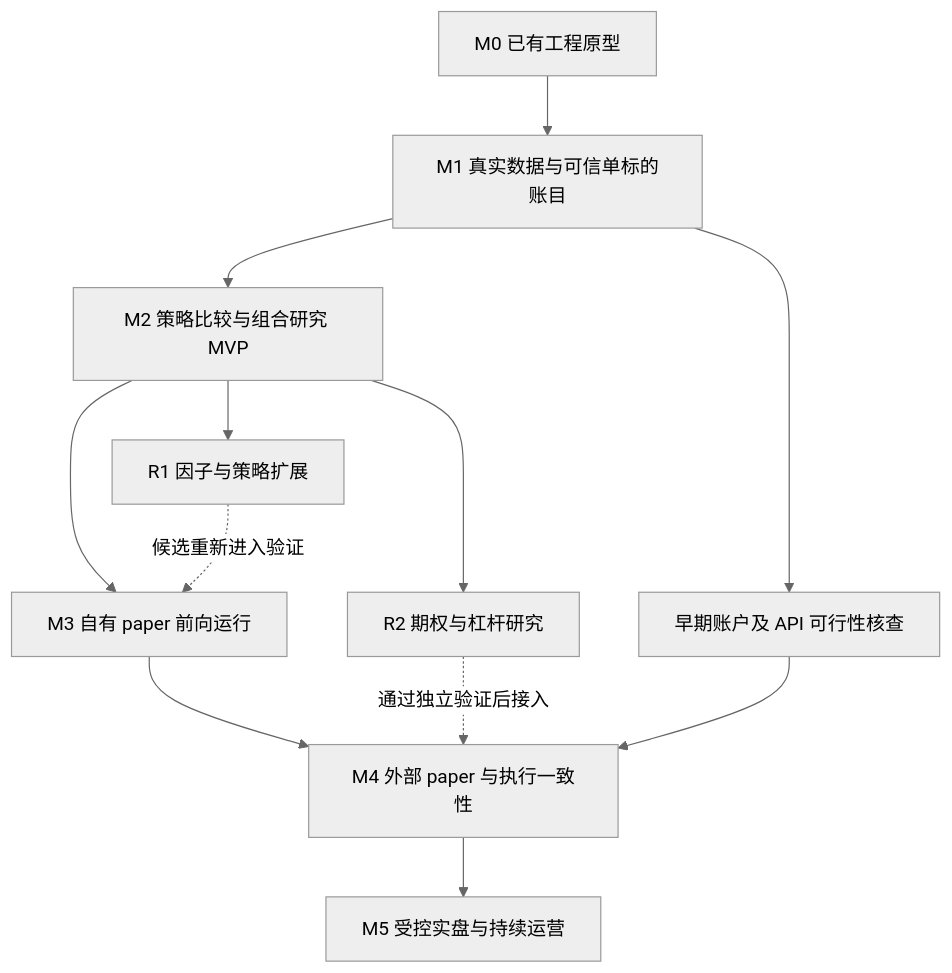
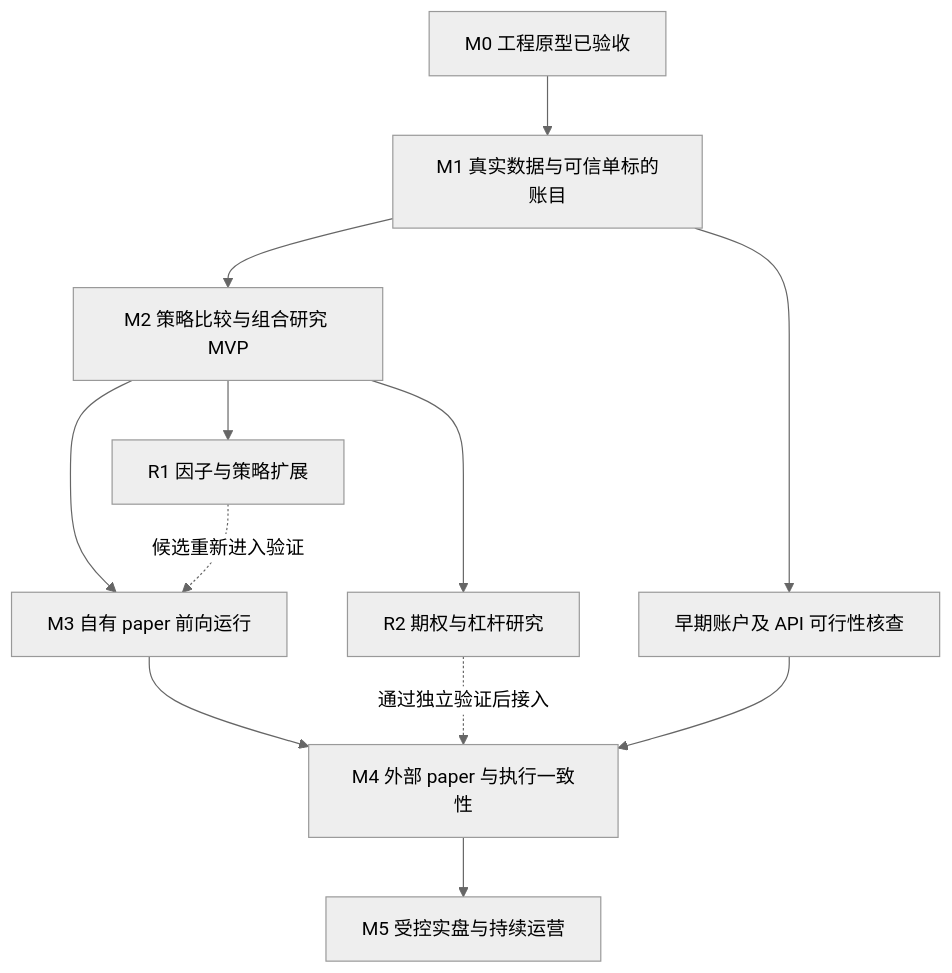
The diagram in docs/roadmap.md (wayslog/invest), drawn with Mermaid (neutral theme) before and after one commit. The commit also changed other lines of this file and 27 other files, not shown here.

````diff
--- a/docs/roadmap.md
+++ b/docs/roadmap.md
@@ -67,14 +72,14 @@
 ```mermaid
 flowchart TD
-    M0["M0 已有工程原型"] --> M1["M1 真实数据与可信单标的账目"]
+    M0["M0 工程原型已验收"] --> M1["M1 真实数据与可信单标的账目"]
     M1 --> M2["M2 策略比较与组合研究 MVP"]
     M2 --> M3["M3 自有 paper 前向运行"]
     M3 --> M4["M4 外部 paper 与执行一致性"]
     M4 --> M5["M5 受控实盘与持续运营"]
     M1 --> A["早期账户及 API 可行性核查"]
     A --> M4
     M2 --> R1["R1 因子与策略扩展"]
     M2 --> R2["R2 期权与杠杆研究"]
     R1 -. "候选重新进入验证" .-> M3
     R2 -. "通过独立验证后接入" .-> M4
 ```
````
